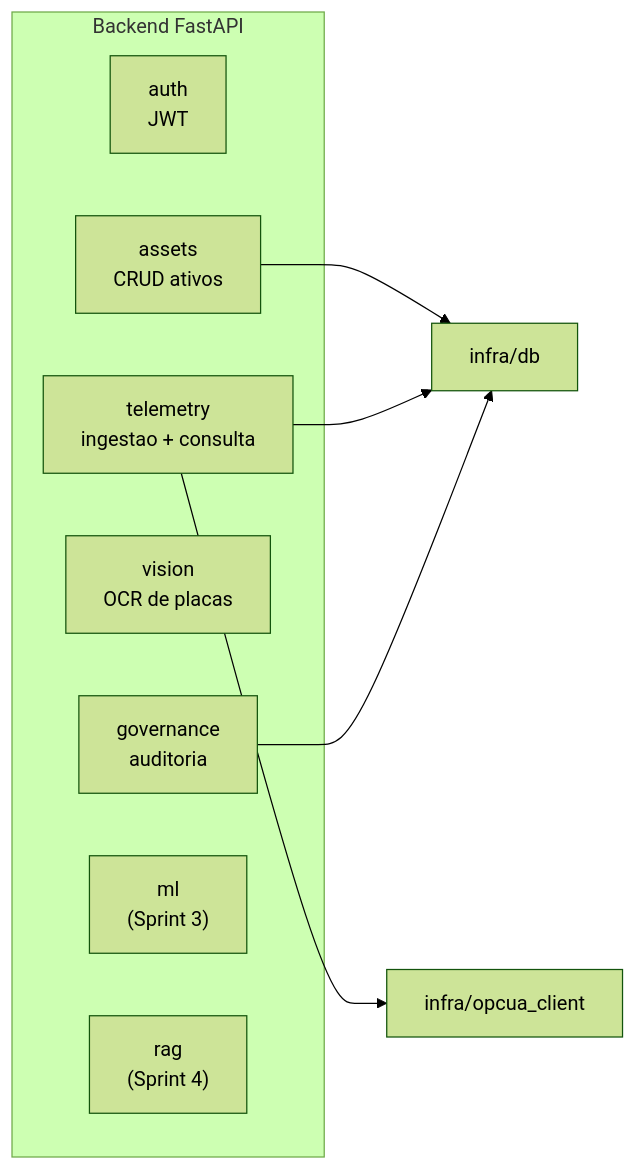
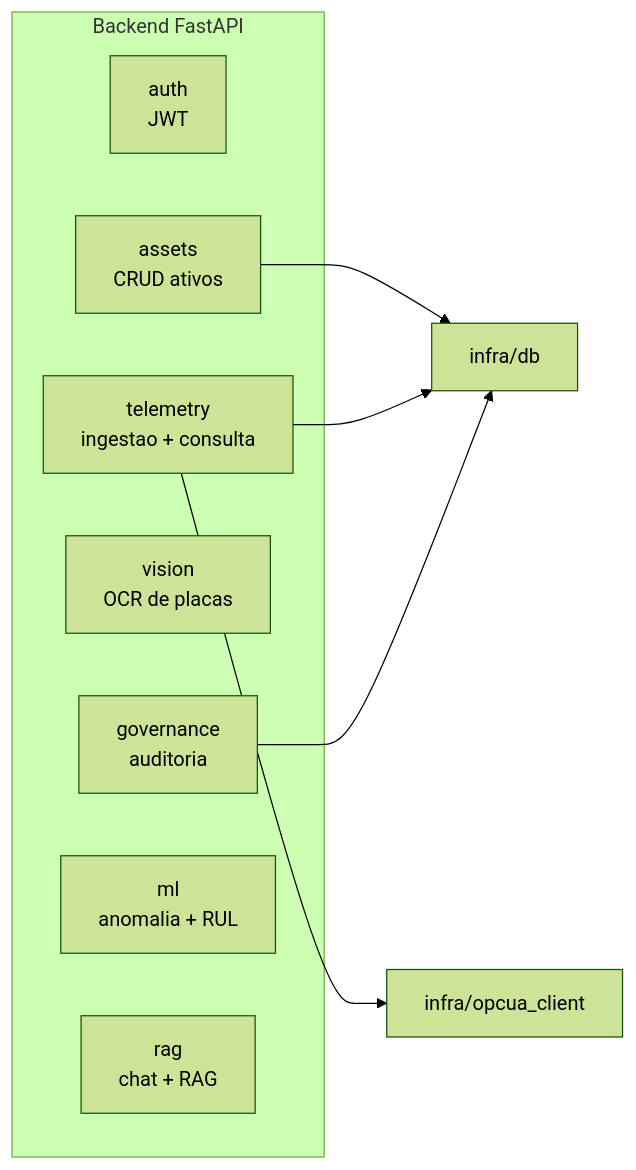
Before and after one commit to viniciusadrian1/predicta-forzy: the third of 4 diagrams in docs/architecture.md, drawn with Mermaid (forest theme). The commit also changed other lines of this file and 27 other files, not shown here.

````diff
--- a/docs/architecture.md
+++ b/docs/architecture.md
@@ -62,19 +62,19 @@
 ```mermaid
 flowchart LR
     subgraph backend["Backend FastAPI"]
         auth["auth<br/>JWT"]
         assets["assets<br/>CRUD ativos"]
         telemetry["telemetry<br/>ingestao + consulta"]
         vision["vision<br/>OCR de placas"]
         gov["governance<br/>auditoria"]
-        ml["ml<br/>(Sprint 3)"]
-        rag["rag<br/>(Sprint 4)"]
+        ml["ml<br/>anomalia + RUL"]
+        rag["rag<br/>chat + RAG"]
     end
     opcua["infra/opcua_client"]
     db["infra/db"]
 
     telemetry --> opcua
     assets --> db
     telemetry --> db
     gov --> db
 ```
````
